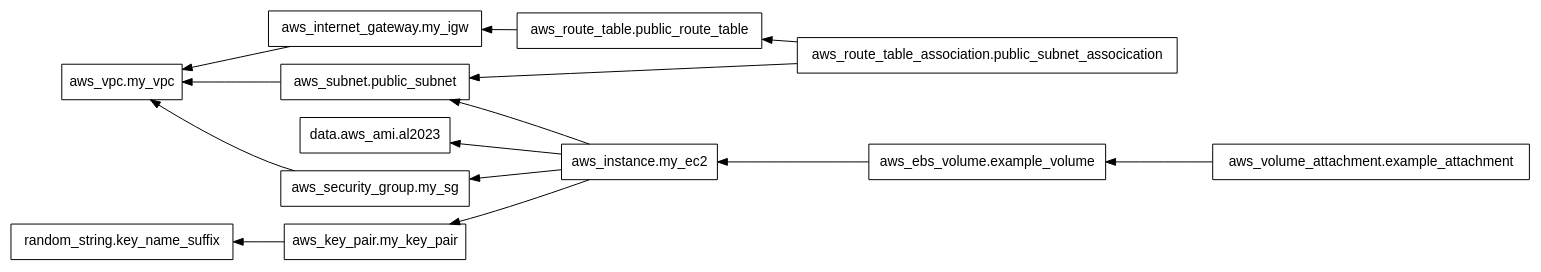
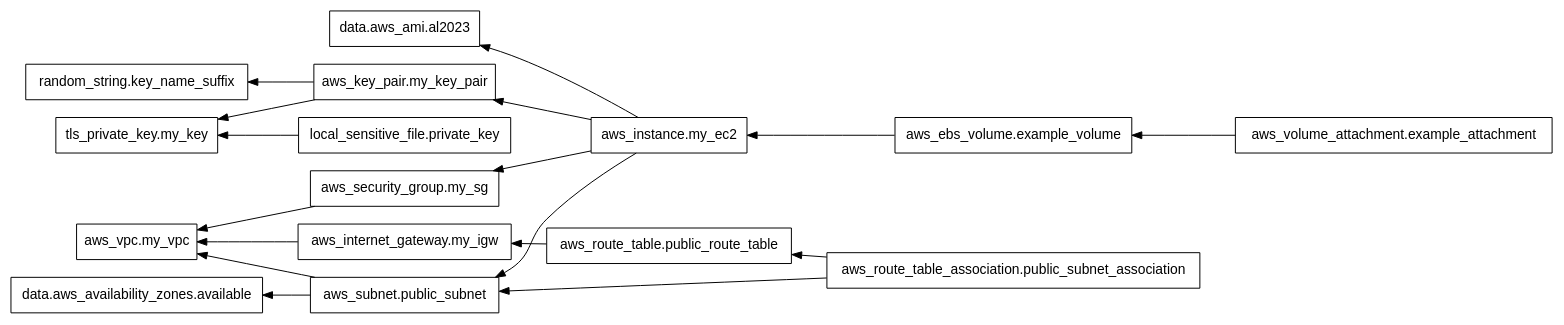
One commit to gasbugs/mulcam-aws-infra-automation-terraform changed the diagram in 03_terraform-aws-config/understanding-vpc-and-ec2-management-with-terraform/graph.dot. Above: the diagram before and after it, drawn with Graphviz. The commit also changed 1 other file, not shown here.

Commit message:
chore: update infrastructure dependency graph with new resources and corrected naming

```diff
--- a/03_terraform-aws-config/understanding-vpc-and-ec2-management-with-terraform/graph.dot
+++ b/03_terraform-aws-config/understanding-vpc-and-ec2-management-with-terraform/graph.dot
@@ -1,29 +1,35 @@
 digraph G {
   rankdir = "RL";
   node [shape = rect, fontname = "sans-serif"];
   "data.aws_ami.al2023" [label="data.aws_ami.al2023"];
+  "data.aws_availability_zones.available" [label="data.aws_availability_zones.available"];
   "aws_ebs_volume.example_volume" [label="aws_ebs_volume.example_volume"];
   "aws_instance.my_ec2" [label="aws_instance.my_ec2"];
   "aws_internet_gateway.my_igw" [label="aws_internet_gateway.my_igw"];
   "aws_key_pair.my_key_pair" [label="aws_key_pair.my_key_pair"];
   "aws_route_table.public_route_table" [label="aws_route_table.public_route_table"];
-  "aws_route_table_association.public_subnet_assocication" [label="aws_route_table_association.public_subnet_assocication"];
+  "aws_route_table_association.public_subnet_association" [label="aws_route_table_association.public_subnet_association"];
   "aws_security_group.my_sg" [label="aws_security_group.my_sg"];
   "aws_subnet.public_subnet" [label="aws_subnet.public_subnet"];
   "aws_volume_attachment.example_attachment" [label="aws_volume_attachment.example_attachment"];
   "aws_vpc.my_vpc" [label="aws_vpc.my_vpc"];
+  "local_sensitive_file.private_key" [label="local_sensitive_file.private_key"];
   "random_string.key_name_suffix" [label="random_string.key_name_suffix"];
+  "tls_private_key.my_key" [label="tls_private_key.my_key"];
   "aws_ebs_volume.example_volume" -> "aws_instance.my_ec2";
   "aws_instance.my_ec2" -> "data.aws_ami.al2023";
   "aws_instance.my_ec2" -> "aws_key_pair.my_key_pair";
   "aws_instance.my_ec2" -> "aws_security_group.my_sg";
   "aws_instance.my_ec2" -> "aws_subnet.public_subnet";
   "aws_internet_gateway.my_igw" -> "aws_vpc.my_vpc";
   "aws_key_pair.my_key_pair" -> "random_string.key_name_suffix";
+  "aws_key_pair.my_key_pair" -> "tls_private_key.my_key";
   "aws_route_table.public_route_table" -> "aws_internet_gateway.my_igw";
-  "aws_route_table_association.public_subnet_assocication" -> "aws_route_table.public_route_table";
-  "aws_route_table_association.public_subnet_assocication" -> "aws_subnet.public_subnet";
+  "aws_route_table_association.public_subnet_association" -> "aws_route_table.public_route_table";
+  "aws_route_table_association.public_subnet_association" -> "aws_subnet.public_subnet";
   "aws_security_group.my_sg" -> "aws_vpc.my_vpc";
+  "aws_subnet.public_subnet" -> "data.aws_availability_zones.available";
   "aws_subnet.public_subnet" -> "aws_vpc.my_vpc";
   "aws_volume_attachment.example_attachment" -> "aws_ebs_volume.example_volume";
+  "local_sensitive_file.private_key" -> "tls_private_key.my_key";
 }
```
